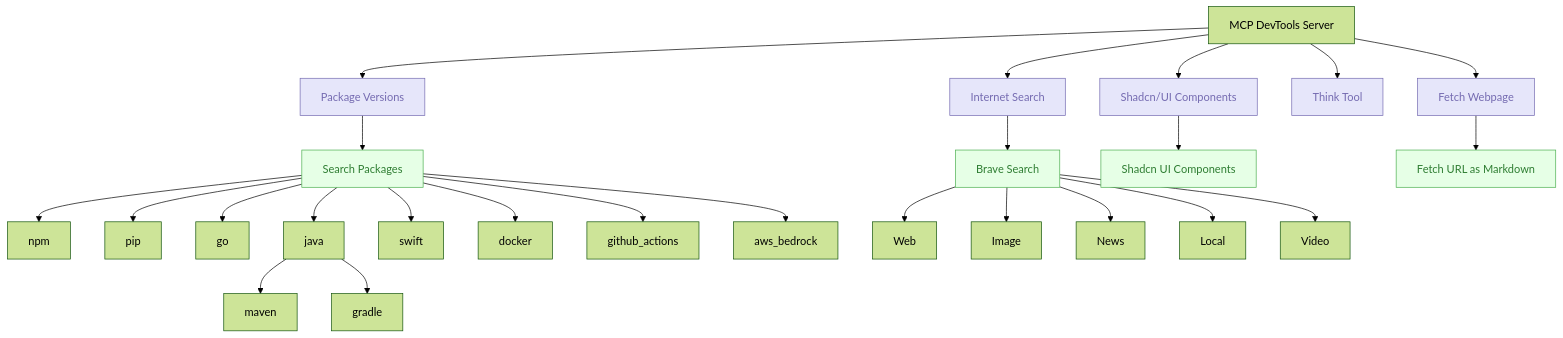
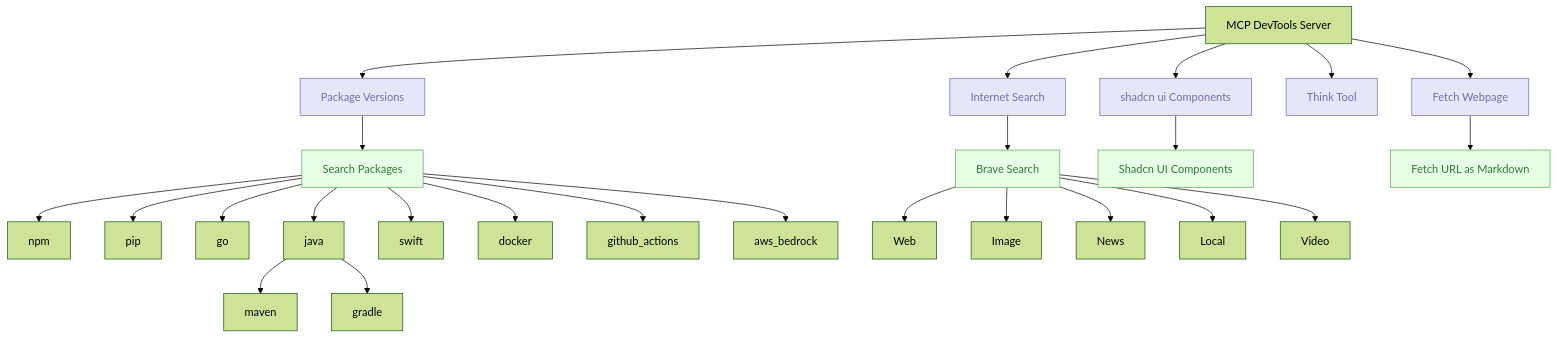
Before and after one commit to sammcj/mcp-devtools: the diagram in README.md, drawn with Mermaid (forest theme). The commit also changed other lines of this file and 10 other files, not shown here.

````diff
--- a/README.md
+++ b/README.md
@@ -7,39 +7,39 @@
 ```mermaid
 graph TD
     A[MCP DevTools Server] --> B[Package Versions]
     A --> C[Internet Search]
     A --> D[Fetch Webpage]
     A --> E[Think Tool]
-    A --> F[Shadcn/UI Components]
+    A --> F[shadcn ui Components]
 
     B --> B1[Search Packages]
     B1 --> B1A[npm]
     B1 --> B1B[pip]
     B1 --> B1C[go]
     B1 --> B1D[java]
     B1 --> B1E[swift]
     B1 --> B1F[docker]
     B1 --> B1G[github_actions]
     B1 --> B1H[aws_bedrock]
     B1D --> B1D1[maven]
     B1D --> B1D2[gradle]
 
     C --> C1[Brave Search]
     C1 --> C1A[Web]
     C1 --> C1B[Image]
     C1 --> C1C[News]
     C1 --> C1D[Local]
     C1 --> C1E[Video]
 
     F --> F1[Shadcn UI Components]
 
     D --> D1[Fetch URL as Markdown]
 
     classDef toolCategory fill:#E6E6FA,stroke:#756BB1,color:#756BB1
     classDef tool fill:#EFF3FF,stroke:#9ECAE1,color:#3182BD
     classDef searchTool fill:#E6FFE6,stroke:#4CAF50,color:#2E7D32
 
     class B,C,D,E,F toolCategory
     class B1,B2,E1,F1 tool
     class B1,C1,D1,F1 searchTool
 ```
````
